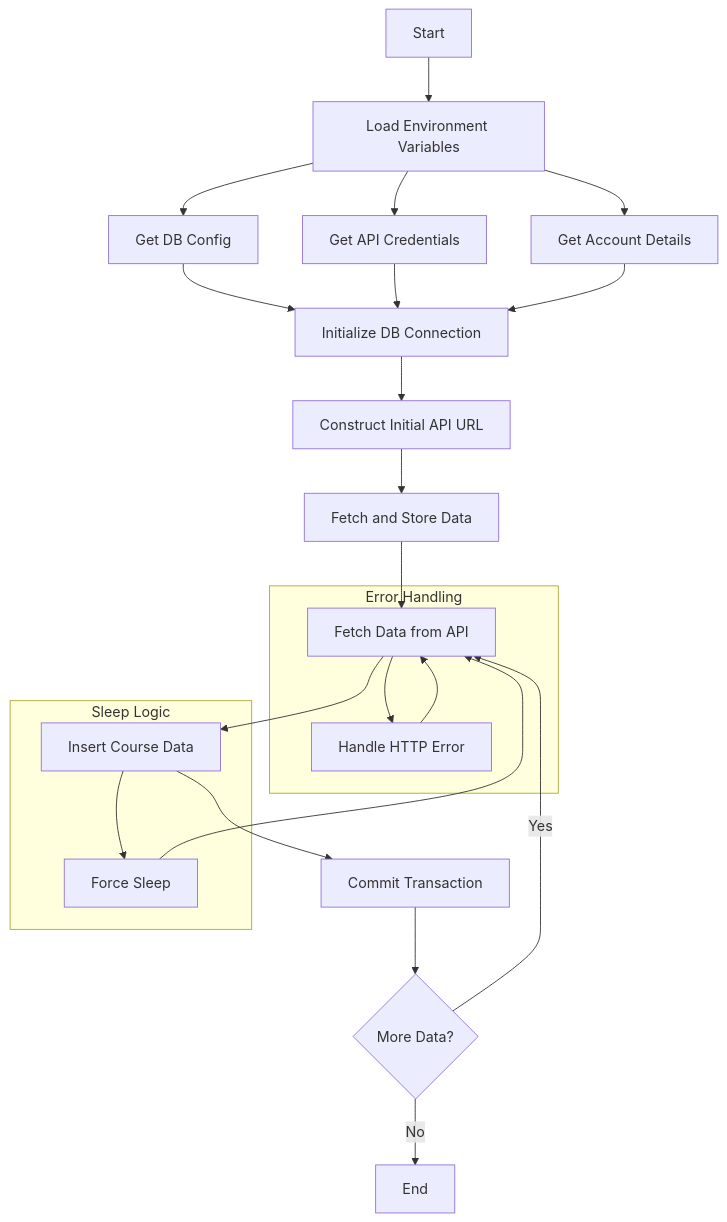
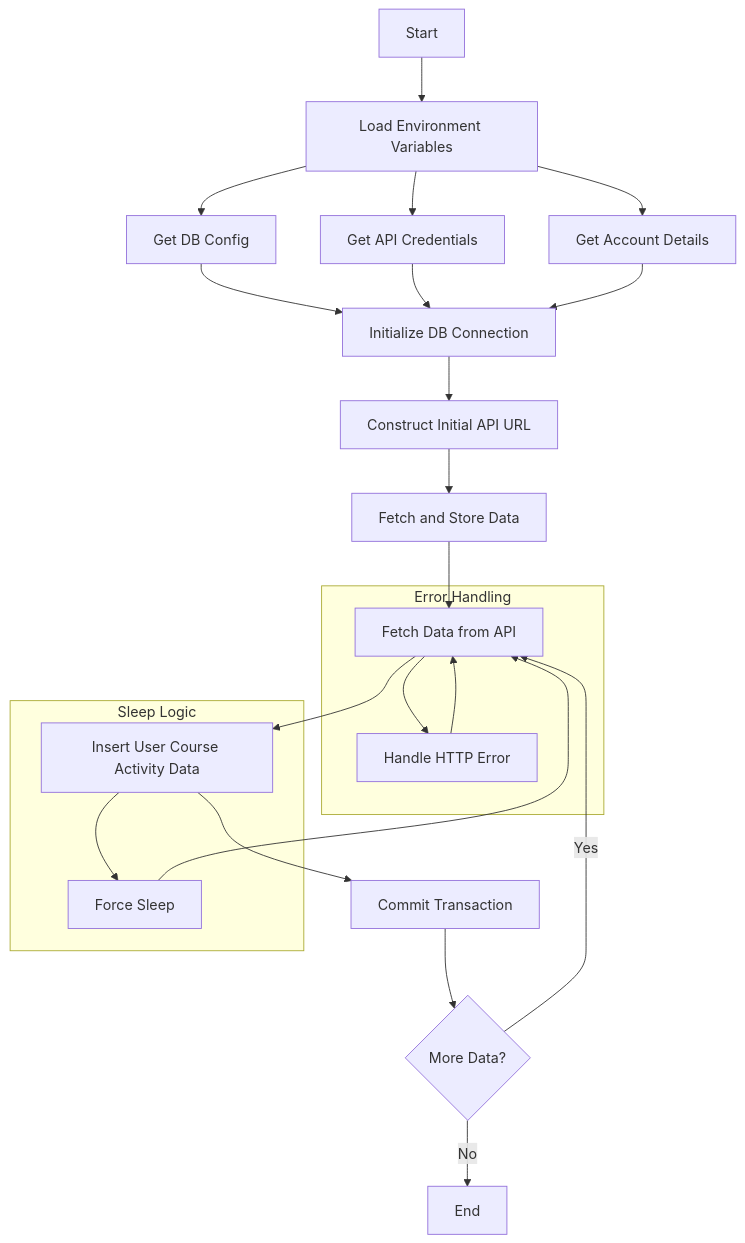
Before and after one commit to sha0h0ng/ub-etl: the second of 2 diagrams in README.md, drawn with Mermaid.

Commit message:
Minor Tweak

````diff
--- a/README.md
+++ b/README.md
@@ -99,28 +99,28 @@
 ```mermaid
 graph TD;
     A[Start] --> B[Load Environment Variables]
     B --> C[Get DB Config]
     B --> D[Get API Credentials]
     B --> E[Get Account Details]
     C --> F[Initialize DB Connection]
     D --> F
     E --> F
     F --> G[Construct Initial API URL]
     G --> H[Fetch and Store Data]
     H --> I[Fetch Data from API]
-    I --> J[Insert Course Data]
+    I --> J[Insert User Course Activity Data]
     J --> K[Commit Transaction]
     K --> L{More Data?}
     L -->|Yes| I
     L -->|No| M[End]
 
     subgraph Error Handling
         I --> N[Handle HTTP Error]
         N --> I
     end
 
     subgraph Sleep Logic
         J --> O[Force Sleep]
         O --> I
     end
 ```
````
